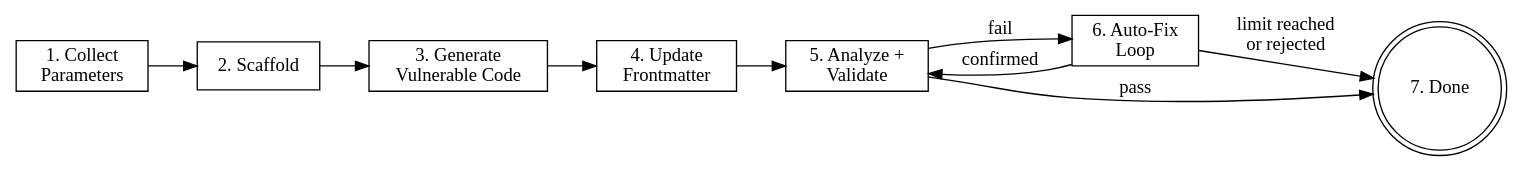
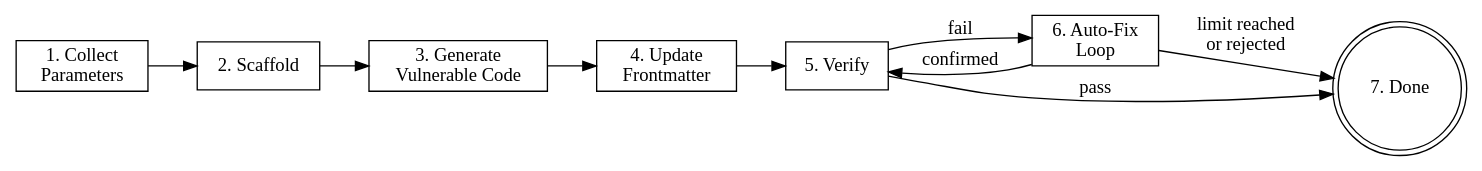
The first of 2 diagrams in .agent/skills/wxl-creator/SKILL.md (BrowserLaboratory/wxl-template), drawn with Graphviz before and after one commit. The commit also changed other lines of this file and 7 other files, not shown here.

````diff
--- a/.agent/skills/wxl-creator/SKILL.md
+++ b/.agent/skills/wxl-creator/SKILL.md
@@ -16,19 +16,19 @@
 ```dot
 digraph flow {
     rankdir=LR;
     node [shape=box];
     collect [label="1. Collect\nParameters"];
     scaffold [label="2. Scaffold"];
     generate [label="3. Generate\nVulnerable Code"];
     metadata [label="4. Update\nFrontmatter"];
-    validate [label="5. Analyze +\nValidate"];
+    validate [label="5. Verify"];
     fix [label="6. Auto-Fix\nLoop"];
     done [label="7. Done", shape=doublecircle];
 
     collect -> scaffold -> generate -> metadata -> validate;
     validate -> done [label="pass"];
     validate -> fix [label="fail"];
     fix -> validate [label="confirmed"];
     fix -> done [label="limit reached\nor rejected"];
 }
 ```
````
